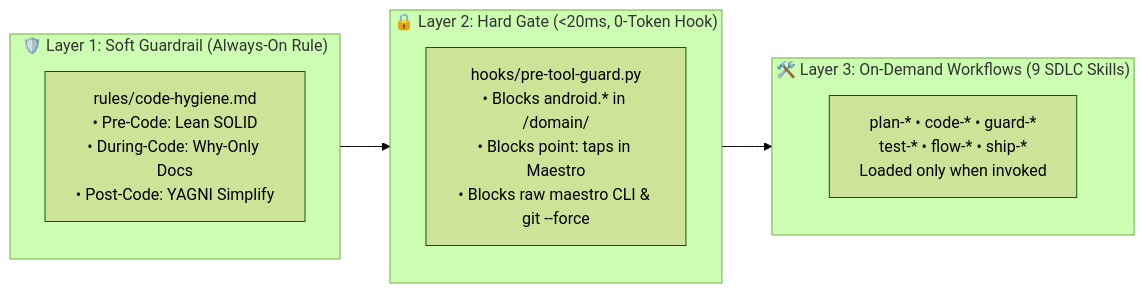
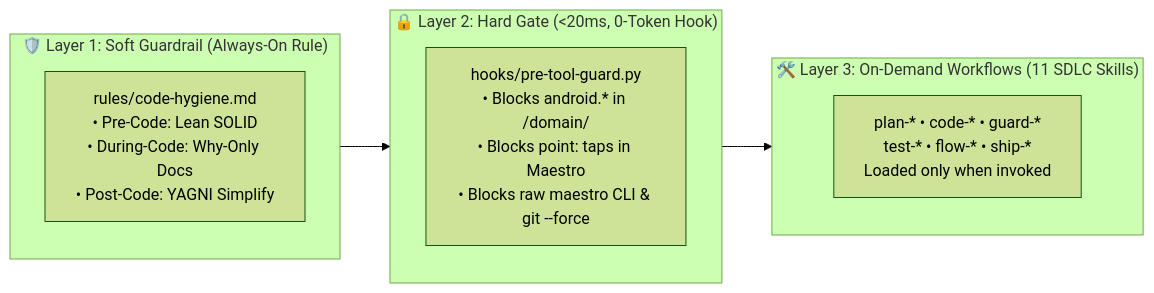
One commit to yukido0205/android-agentic-sdlc changed the first of 4 diagrams in README.md. Above: the diagram before and after it, drawn with Mermaid (forest theme). The commit also changed other lines of this file and 1 other file, not shown here.

Commit message:
docs: document flow-queue multi-agent orchestrator in README guides

````diff
--- a/README.md
+++ b/README.md
@@ -38,16 +38,16 @@
 ```mermaid
 flowchart LR
     subgraph L1["🛡️ Layer 1: Soft Guardrail (Always-On Rule)"]
         R["rules/code-hygiene.md<br/>• Pre-Code: Lean SOLID<br/>• During-Code: Why-Only Docs<br/>• Post-Code: YAGNI Simplify"]
     end
 
     subgraph L2["🔒 Layer 2: Hard Gate (<20ms, 0-Token Hook)"]
         H["hooks/pre-tool-guard.py<br/>• Blocks android.* in /domain/<br/>• Blocks point: taps in Maestro<br/>• Blocks raw maestro CLI & git --force"]
     end
 
-    subgraph L3["🛠️ Layer 3: On-Demand Workflows (9 SDLC Skills)"]
+    subgraph L3["🛠️ Layer 3: On-Demand Workflows (11 SDLC Skills)"]
         S["plan-*  •  code-*  •  guard-*<br/>test-*  •  flow-*  •  ship-*<br/>Loaded only when invoked"]
     end
 
     L1 --> L2 --> L3
 ```
````
